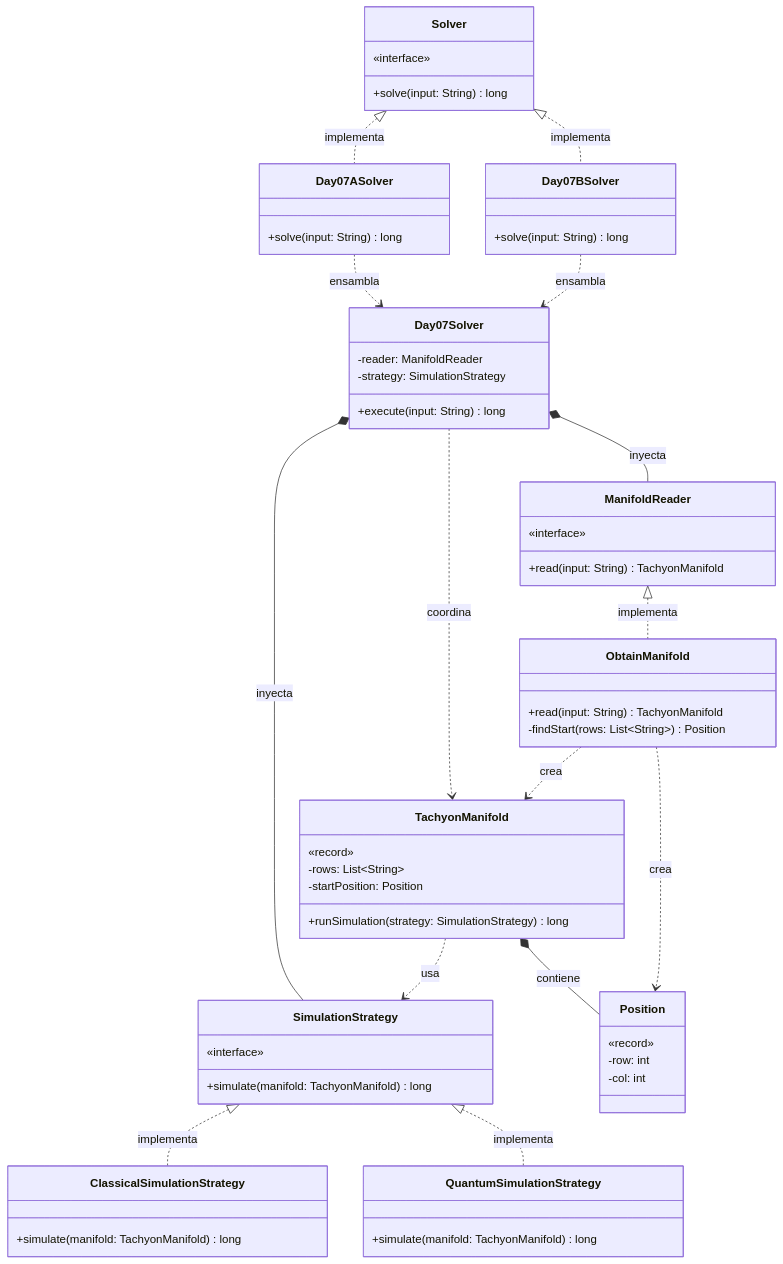
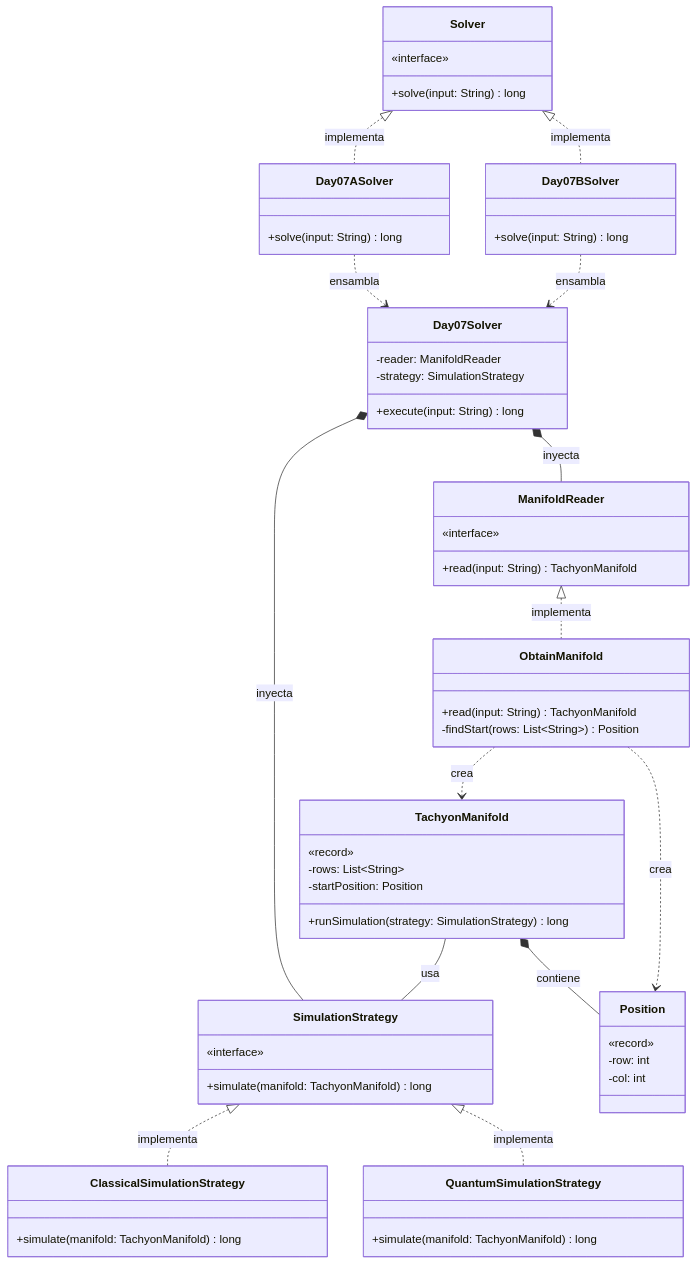
Before and after one commit to ivanperezdiaz829/AoC2025: the diagram in src/main/java/software/aoc/day07/README.md, drawn with Mermaid.

Commit message:
fix(README): Relations modified

````diff
--- a/src/main/java/software/aoc/day07/README.md
+++ b/src/main/java/software/aoc/day07/README.md
@@ -37,77 +37,76 @@
 ```mermaid
 classDiagram
   class Solver {
     «interface»
     +solve(input: String) long
   }
 
   class Day07ASolver {
     +solve(input: String) long
   }
 
   class Day07BSolver {
     +solve(input: String) long
   }
 
   class Day07Solver {
     -reader: ManifoldReader
     -strategy: SimulationStrategy
     +execute(input: String) long
   }
 
   class SimulationStrategy {
     «interface»
     +simulate(manifold: TachyonManifold) long
   }
 
   class ClassicalSimulationStrategy {
     +simulate(manifold: TachyonManifold) long
   }
 
   class QuantumSimulationStrategy {
     +simulate(manifold: TachyonManifold) long
   }
 
   class ManifoldReader {
     «interface»
     +read(input: String) TachyonManifold
   }
 
   class ObtainManifold {
     +read(input: String) TachyonManifold
     -findStart(rows: List~String~) Position
   }
 
   class TachyonManifold {
     «record»
     -rows: List~String~
     -startPosition: Position
     +runSimulation(strategy: SimulationStrategy) long
   }
 
   class Position {
     «record»
     -row: int
     -col: int
   }
 
 %% Relaciones de Implementación
   Solver <|.. Day07ASolver : implementa
   Solver <|.. Day07BSolver : implementa
   SimulationStrategy <|.. ClassicalSimulationStrategy : implementa
   SimulationStrategy <|.. QuantumSimulationStrategy : implementa
   ManifoldReader <|.. ObtainManifold : implementa
 
 %% Relaciones de Ensamblaje e Inyección
   Day07ASolver ..> Day07Solver : ensambla
   Day07BSolver ..> Day07Solver : ensambla
   Day07Solver *-- ManifoldReader : inyecta
   Day07Solver *-- SimulationStrategy : inyecta
 
 %% Relaciones de Dominio
-  Day07Solver ..> TachyonManifold : coordina
-  TachyonManifold ..> SimulationStrategy : usa
+  TachyonManifold -- SimulationStrategy : usa
   TachyonManifold *-- Position : contiene
   ObtainManifold ..> TachyonManifold : crea
   ObtainManifold ..> Position : crea
 ```
````
